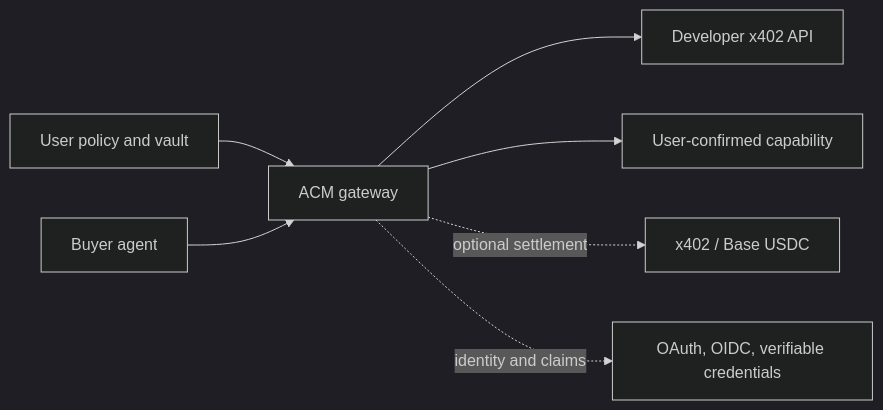
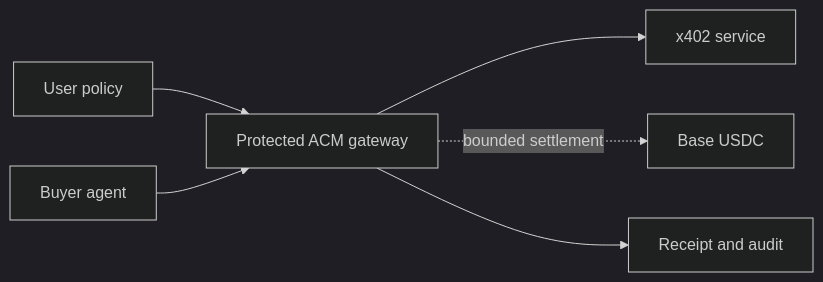
The diagram in README.md (InTheta/agent-capability-middleware), drawn with Mermaid (dark theme) before and after one commit. The commit also changed other lines of this file and 6 other files, not shown here.

````diff
--- a/README.md
+++ b/README.md
@@ -194,9 +105,8 @@
 ```mermaid
 flowchart LR
-    U["User policy and vault"] --> G["ACM gateway"]
+    U["User policy"] --> G["Protected ACM gateway"]
     A["Buyer agent"] --> G
-    G --> D["Developer x402 API"]
-    G --> C["User-confirmed capability"]
-    G -. "optional settlement" .-> X["x402 / Base USDC"]
-    G -. "identity and claims" .-> I["OAuth, OIDC, verifiable credentials"]
+    G --> X["x402 service"]
+    G -. "bounded settlement" .-> B["Base USDC"]
+    G --> L["Receipt and audit"]
 ```
````
